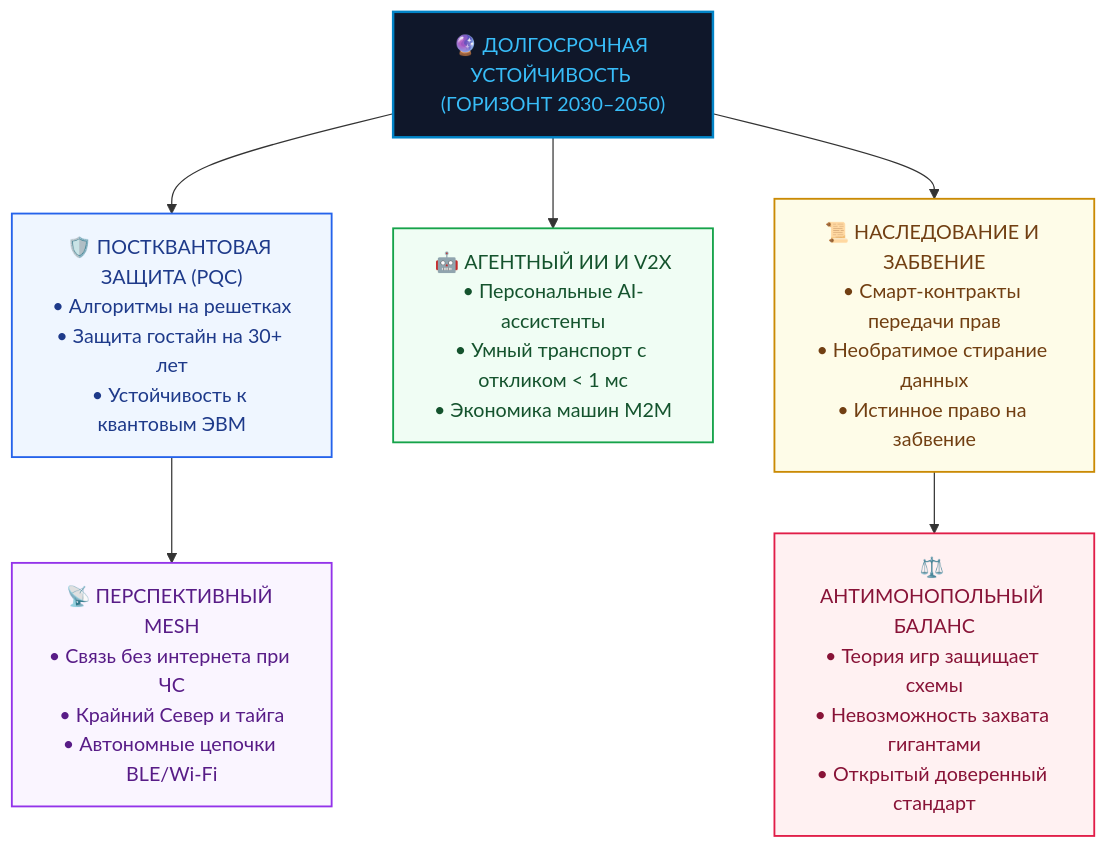
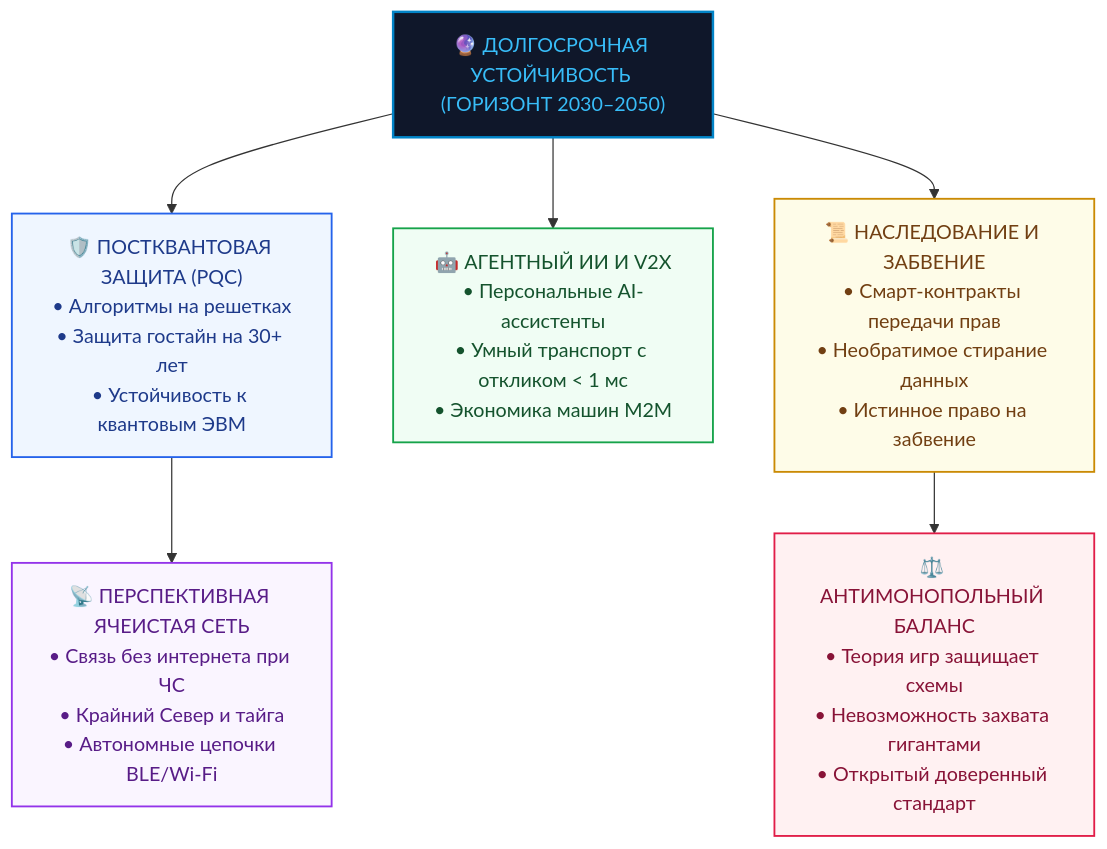
Before and after one commit to Data-Independence-Network/presentations: the seventh of 7 diagrams in overall_presentations/02_stakeholders_benefits_presentation/docs/turbase_stakeholders_value_matrix.md, drawn with Mermaid. The commit also changed other lines of this file and 88 other files, not shown here.

````diff
--- a/overall_presentations/02_stakeholders_benefits_presentation/docs/turbase_stakeholders_value_matrix.md
+++ b/overall_presentations/02_stakeholders_benefits_presentation/docs/turbase_stakeholders_value_matrix.md
@@ -466,24 +466,24 @@
 ```mermaid
 graph TD
     classDef root fill:#0f172a,stroke:#0284c7,stroke-width:2px,color:#38bdf8;
     classDef lt1 fill:#eff6ff,stroke:#2563eb,stroke-width:1.5px,color:#1e3a8a;
     classDef lt2 fill:#f0fdf4,stroke:#16a34a,stroke-width:1.5px,color:#14532d;
     classDef lt3 fill:#fefce8,stroke:#ca8a04,stroke-width:1.5px,color:#713f12;
     classDef lt4 fill:#faf5ff,stroke:#9333ea,stroke-width:1.5px,color:#581c87;
     classDef lt5 fill:#fff1f2,stroke:#e11d48,stroke-width:1.5px,color:#881337;
 
     Root["🔮 ДОЛГОСРОЧНАЯ УСТОЙЧИВОСТЬ (ГОРИЗОНТ 2030–2050)"]:::root
     
     L1["🛡️ ПОСТКВАНТОВАЯ ЗАЩИТА (PQC)<br/>• Алгоритмы на решетках<br/>• Защита гостайн на 30+ лет<br/>• Устойчивость к квантовым ЭВМ"]:::lt1
     L2["🤖 АГЕНТНЫЙ ИИ И V2X<br/>• Персональные AI-ассистенты<br/>• Умный транспорт с откликом < 1 мс<br/>• Экономика машин M2M"]:::lt2
     L3["📜 НАСЛЕДОВАНИЕ И ЗАБВЕНИЕ<br/>• Смарт-контракты передачи прав<br/>• Необратимое стирание данных<br/>• Истинное право на забвение"]:::lt3
 
-    L4["📡 ПЕРСПЕКТИВНЫЙ MESH<br/>• Связь без интернета при ЧС<br/>• Крайний Север и тайга<br/>• Автономные цепочки BLE/Wi-Fi"]:::lt4
+    L4["📡 ПЕРСПЕКТИВНАЯ ЯЧЕИСТАЯ СЕТЬ<br/>• Связь без интернета при ЧС<br/>• Крайний Север и тайга<br/>• Автономные цепочки BLE/Wi-Fi"]:::lt4
     L5["⚖️ АНТИМОНОПОЛЬНЫЙ БАЛАНС<br/>• Теория игр защищает схемы<br/>• Невозможность захвата гигантами<br/>• Открытый доверенный стандарт"]:::lt5
 
     Root --> L1
     Root --> L2
     Root --> L3
     L1 --> L4
     L3 --> L5
 ```
````
